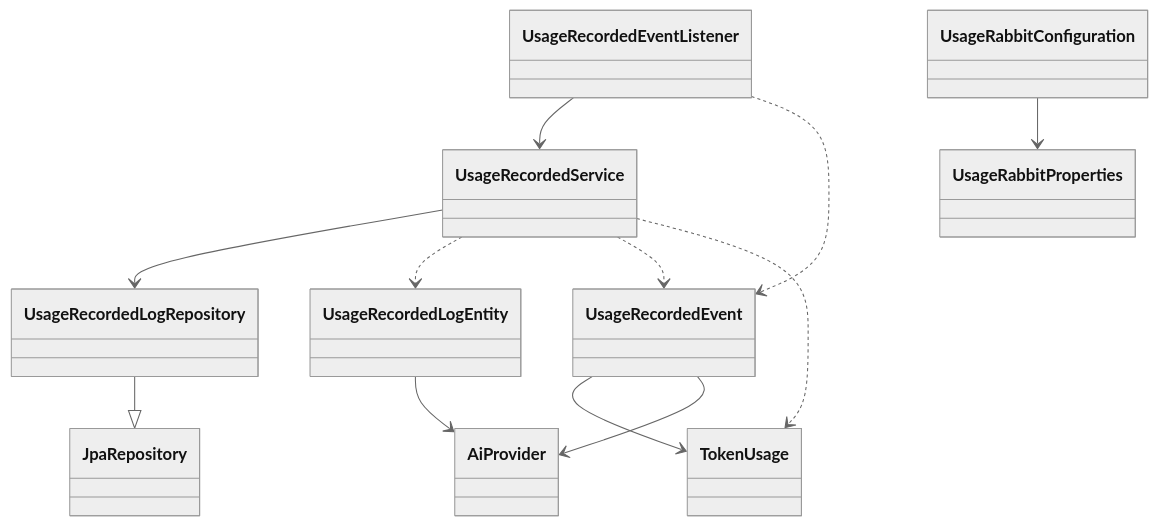
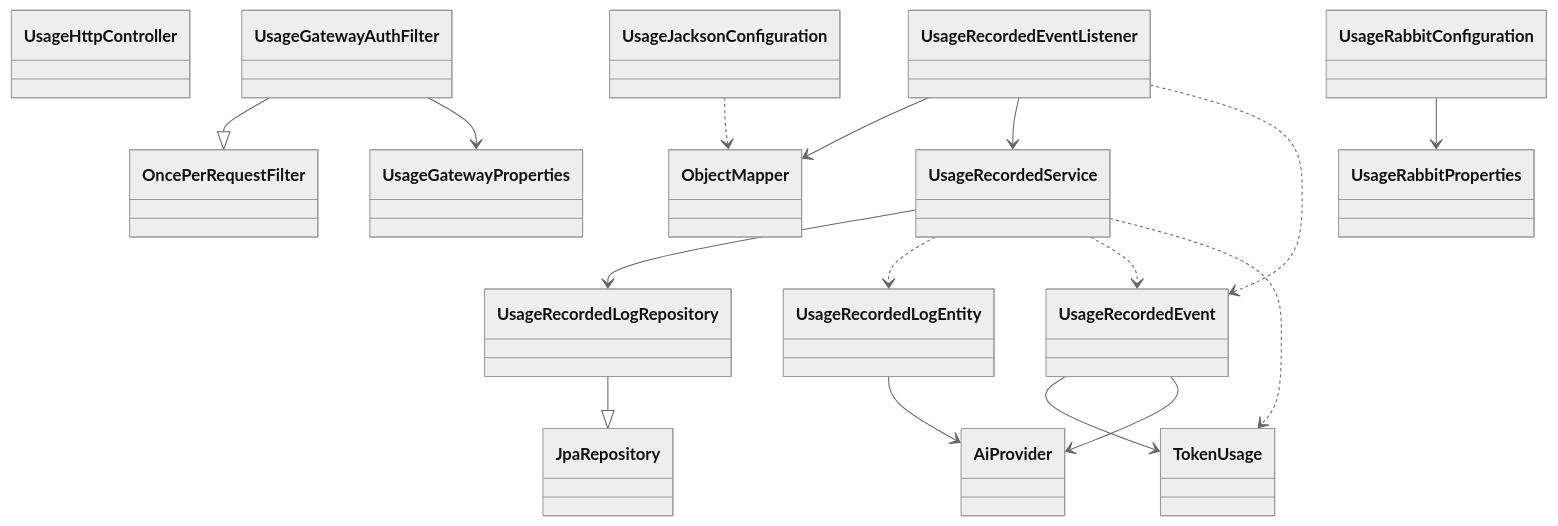
Before and after one commit to Park-Yena00/ai-api-usage-monitor: the fifth of 5 diagrams in docs/class-diagram.md, drawn with Mermaid (neutral theme). The commit also changed other lines of this file, not shown here.

First line of the commit message:
Docs: class-diagram.md 수정

````diff
--- a/docs/class-diagram.md
+++ b/docs/class-diagram.md
@@ -247,27 +262,37 @@
 ```mermaid
 classDiagram
 direction TB
 
+class UsageHttpController
+class UsageGatewayAuthFilter
+class OncePerRequestFilter
+class UsageGatewayProperties
+class UsageJacksonConfiguration
+class ObjectMapper
 class UsageRecordedEventListener
 class UsageRecordedService
 class UsageRecordedLogRepository
 class UsageRecordedLogEntity
 class JpaRepository
 class UsageRabbitConfiguration
 class UsageRabbitProperties
 class UsageRecordedEvent
 class TokenUsage
 class AiProvider
 
+UsageGatewayAuthFilter --|> OncePerRequestFilter
+UsageGatewayAuthFilter --> UsageGatewayProperties
+UsageJacksonConfiguration ..> ObjectMapper
+UsageRecordedEventListener --> ObjectMapper
 UsageRecordedEventListener --> UsageRecordedService
 UsageRecordedEventListener ..> UsageRecordedEvent
 UsageRecordedService --> UsageRecordedLogRepository
 UsageRecordedService ..> UsageRecordedLogEntity
 UsageRecordedService ..> UsageRecordedEvent
 UsageRecordedService ..> TokenUsage
 UsageRecordedLogRepository --|> JpaRepository
 UsageRecordedLogEntity --> AiProvider
 UsageRabbitConfiguration --> UsageRabbitProperties
 UsageRecordedEvent --> TokenUsage
 UsageRecordedEvent --> AiProvider
 ```
````
